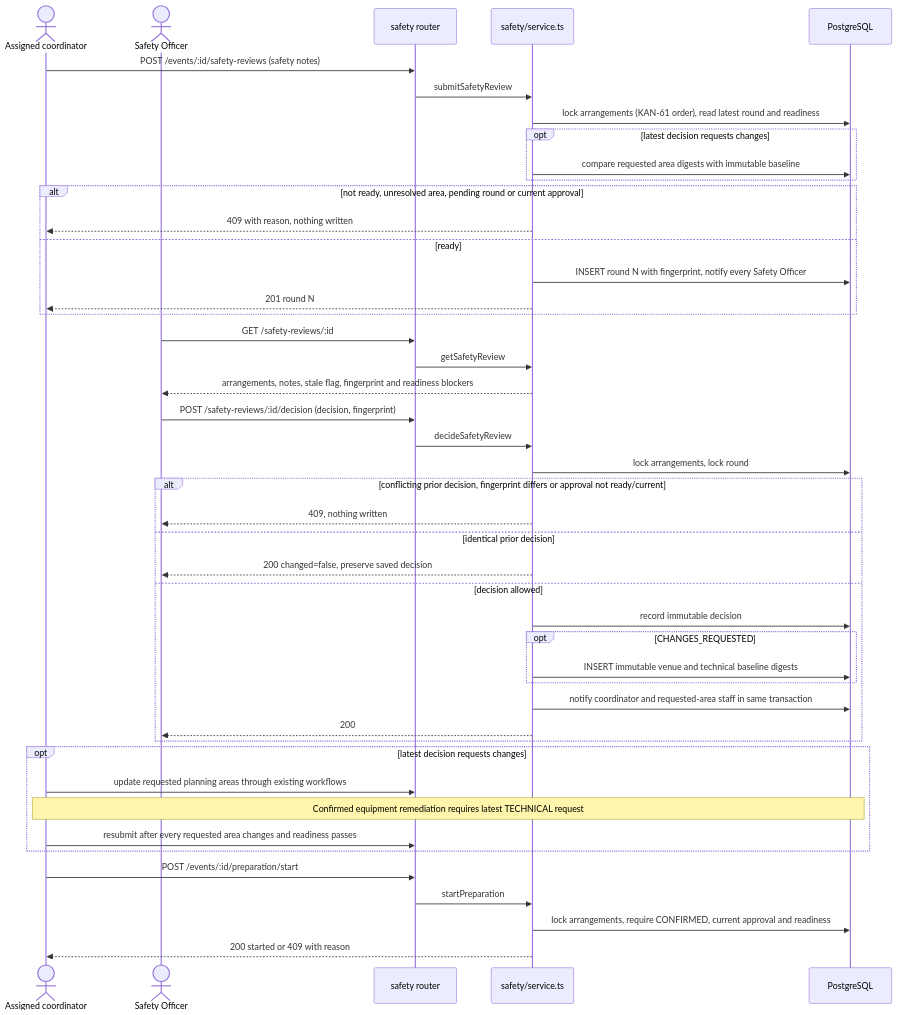
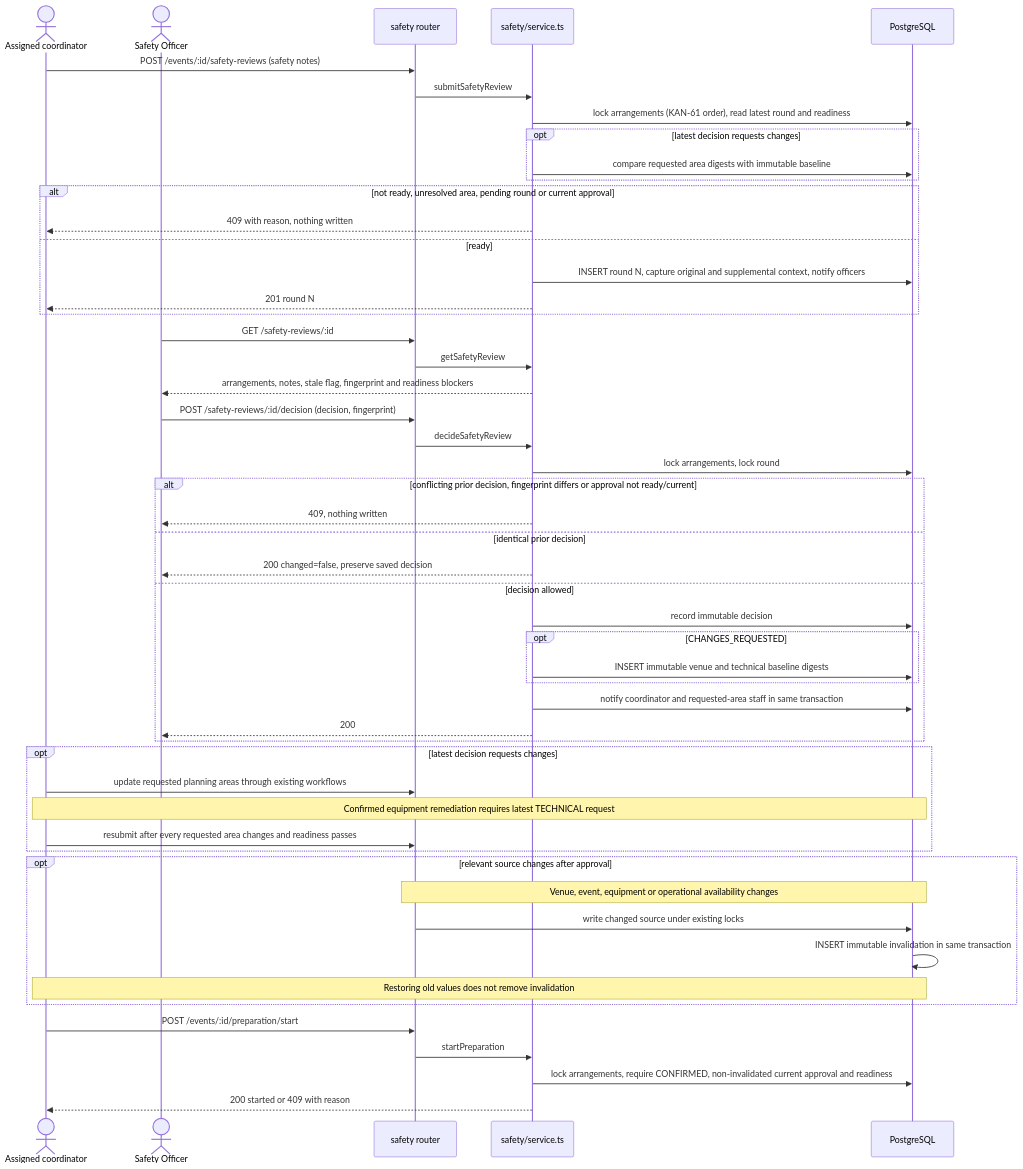
One commit to MochaLxtte/ConnectSphere changed the seventh of 14 diagrams in docs/architecture/README.md. Above: the diagram before and after it, drawn with Mermaid. The commit also changed other lines of this file and 163 other files, not shown here.

First line of the commit message:
docs: reconcile release acceptance, coverage and architecture evidence

````diff
--- a/docs/architecture/README.md
+++ b/docs/architecture/README.md
@@ -391,47 +391,53 @@
 ```mermaid
 sequenceDiagram
   actor C as Assigned coordinator
   actor O as Safety Officer
   participant API as safety router
   participant S as safety/service.ts
   participant DB as PostgreSQL
   C->>API: POST /events/:id/safety-reviews (safety notes)
   API->>S: submitSafetyReview
   S->>DB: lock arrangements (KAN-61 order), read latest round and readiness
   opt latest decision requests changes
     S->>DB: compare requested area digests with immutable baseline
   end
   alt not ready, unresolved area, pending round or current approval
     S-->>C: 409 with reason, nothing written
   else ready
-    S->>DB: INSERT round N with fingerprint, notify every Safety Officer
+    S->>DB: INSERT round N, capture original and supplemental context, notify officers
     S-->>C: 201 round N
   end
   O->>API: GET /safety-reviews/:id
   API->>S: getSafetyReview
   S-->>O: arrangements, notes, stale flag, fingerprint and readiness blockers
   O->>API: POST /safety-reviews/:id/decision (decision, fingerprint)
   API->>S: decideSafetyReview
   S->>DB: lock arrangements, lock round
   alt conflicting prior decision, fingerprint differs or approval not ready/current
     S-->>O: 409, nothing written
   else identical prior decision
     S-->>O: 200 changed=false, preserve saved decision
   else decision allowed
     S->>DB: record immutable decision
     opt CHANGES_REQUESTED
       S->>DB: INSERT immutable venue and technical baseline digests
     end
     S->>DB: notify coordinator and requested-area staff in same transaction
     S-->>O: 200
   end
   opt latest decision requests changes
     C->>API: update requested planning areas through existing workflows
     Note over C,DB: Confirmed equipment remediation requires latest TECHNICAL request
     C->>API: resubmit after every requested area changes and readiness passes
   end
+  opt relevant source changes after approval
+    Note over API,DB: Venue, event, equipment or operational availability changes
+    API->>DB: write changed source under existing locks
+    DB->>DB: INSERT immutable invalidation in same transaction
+    Note over C,DB: Restoring old values does not remove invalidation
+  end
   C->>API: POST /events/:id/preparation/start
   API->>S: startPreparation
-  S->>DB: lock arrangements, require CONFIRMED, current approval and readiness
+  S->>DB: lock arrangements, require CONFIRMED, non-invalidated current approval and readiness
   S-->>C: 200 started or 409 with reason
 ```
````
